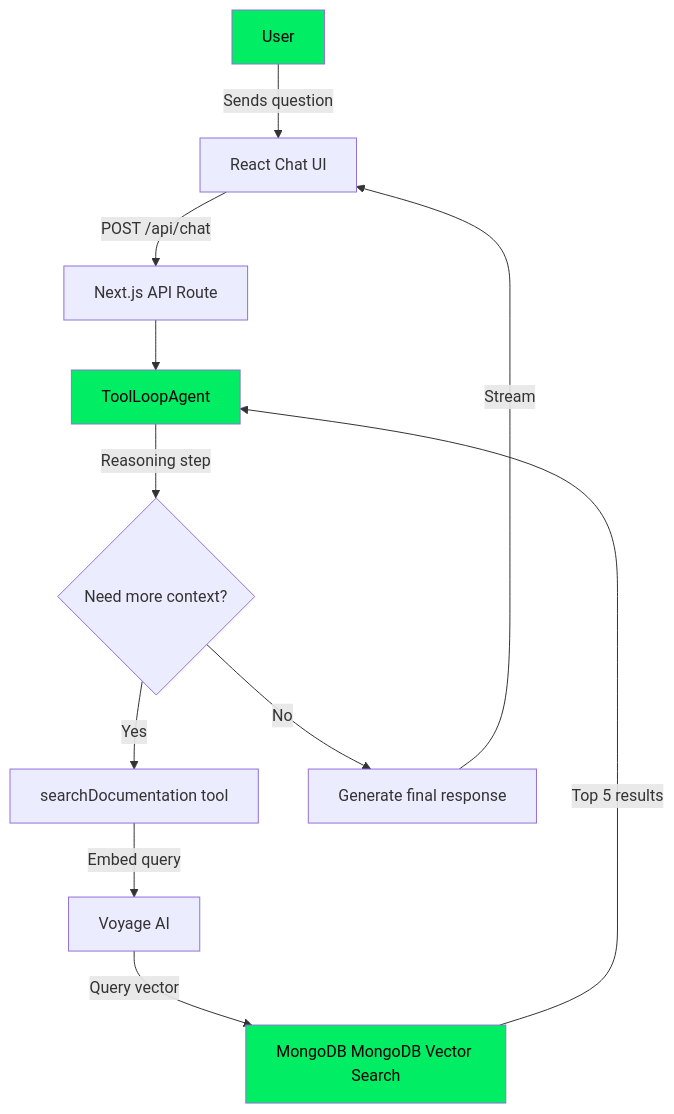
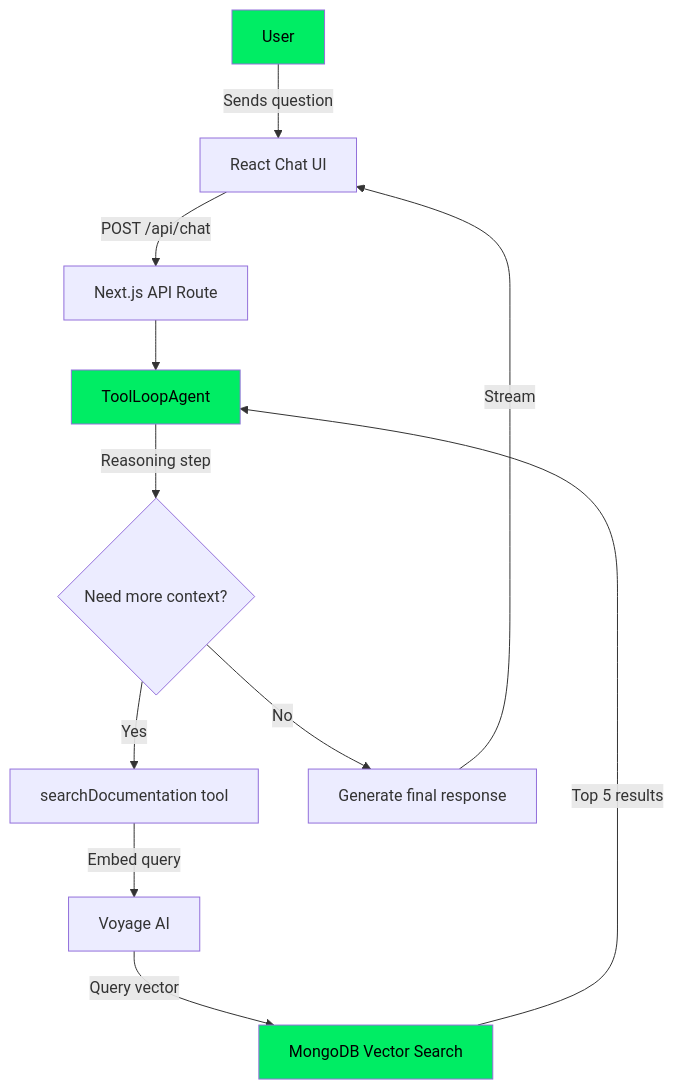
Before and after one commit to toininoi/genai-showcase: the diagram in apps/minimal-ts-agent/README.md, drawn with Mermaid. The commit also changed other lines of this file, not shown here.

````diff
--- a/apps/minimal-ts-agent/README.md
+++ b/apps/minimal-ts-agent/README.md
@@ -18,17 +18,17 @@
 ```mermaid
 flowchart TD
     A[User] -->|Sends question| B[React Chat UI]
     B -->|POST /api/chat| C[Next.js API Route]
     C --> D[ToolLoopAgent]
     D -->|Reasoning step| E{Need more context?}
     E -->|Yes| F[searchDocumentation tool]
     F -->|Embed query| G[Voyage AI]
-    G -->|Query vector| H[MongoDB MongoDB Vector Search]
+    G -->|Query vector| H[MongoDB Vector Search]
     H -->|Top 5 results| D
     E -->|No| I[Generate final response]
     I -->|Stream| B
 
     style A fill:#00ed64,color:#000
     style D fill:#00ed64,color:#000
     style H fill:#00ed64,color:#000
 ```
````
